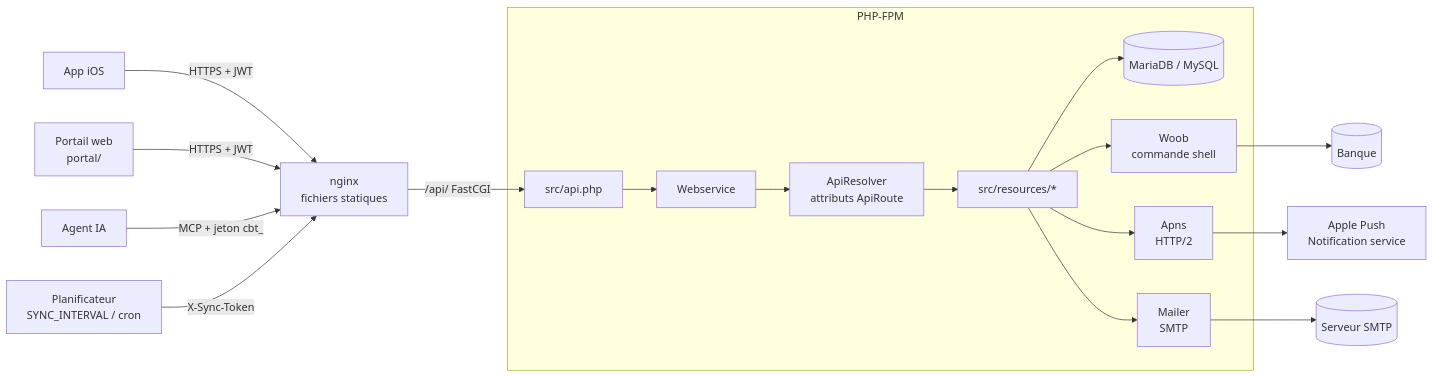
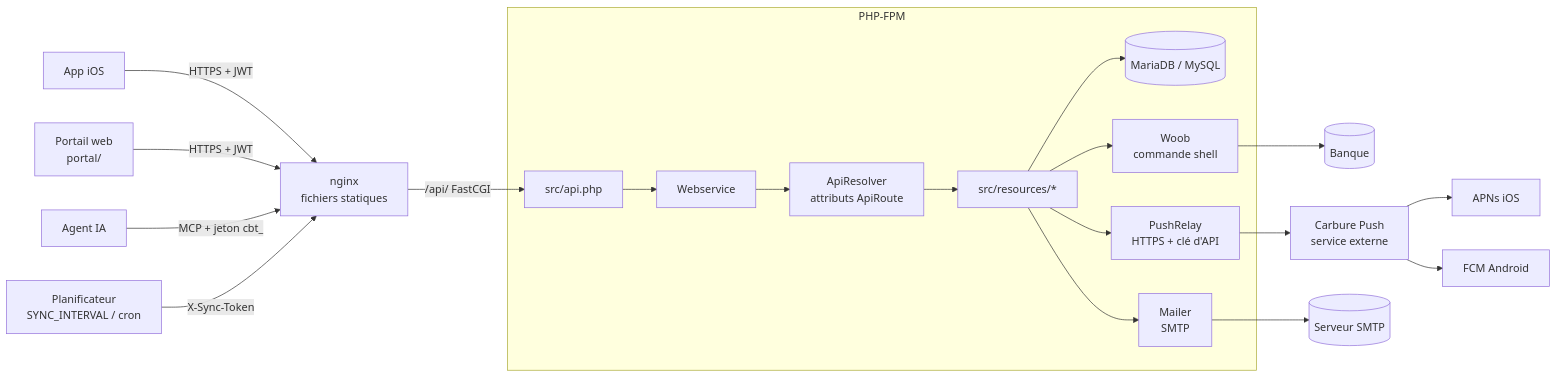
The first of 4 diagrams in docs/architecture.md (claneys/Carbure), drawn with Mermaid before and after one commit. The commit also changed other lines of this file and 58 other files, not shown here.

First line of the commit message:
feat(api): send the push notifications through the Carbure Push relay (#188)

````diff
--- a/docs/architecture.md
+++ b/docs/architecture.md
@@ -11,20 +11,22 @@
 ```mermaid
 flowchart LR
     ios[App iOS] -->|HTTPS + JWT| nginx
     portal["Portail web<br/>portal/"] -->|HTTPS + JWT| nginx
     agent[Agent IA] -->|MCP + jeton cbt_| nginx
     cron[Planificateur<br/>SYNC_INTERVAL / cron] -->|X-Sync-Token| nginx
     nginx[nginx<br/>fichiers statiques] -->|/api/ FastCGI| api
     subgraph serveur[PHP-FPM]
         api["src/api.php"] --> ws[Webservice]
         ws --> resolver["ApiResolver<br/>attributs ApiRoute"]
         resolver --> res["src/resources/*"]
         res --> db[(MariaDB / MySQL)]
         res --> woob[Woob<br/>commande shell]
-        res --> apns[Apns<br/>HTTP/2]
+        res --> relay[PushRelay<br/>HTTPS + clé d'API]
         res --> mailer[Mailer<br/>SMTP]
     end
     woob --> banque[(Banque)]
-    apns --> apple[Apple Push<br/>Notification service]
+    relay --> push[Carbure Push<br/>service externe]
+    push --> apple[APNs iOS]
+    push --> fcm[FCM Android]
     mailer --> smtp[(Serveur SMTP)]
 ```
````
